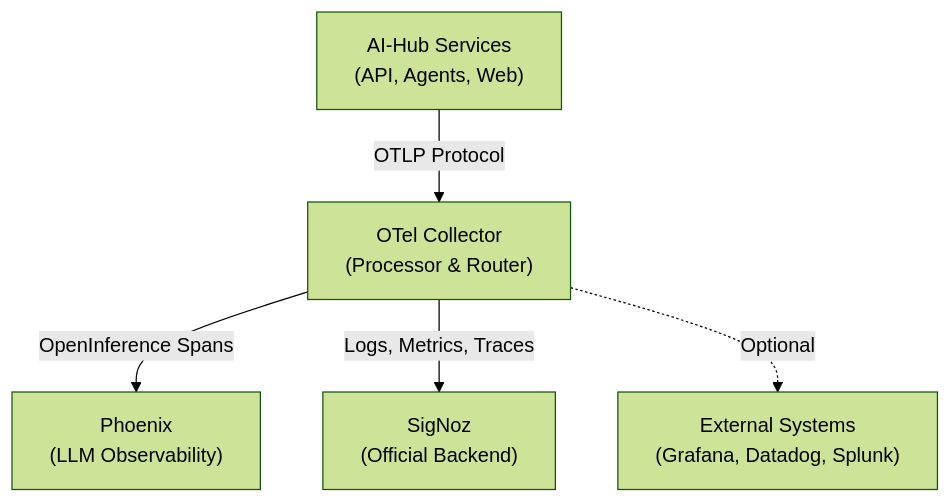
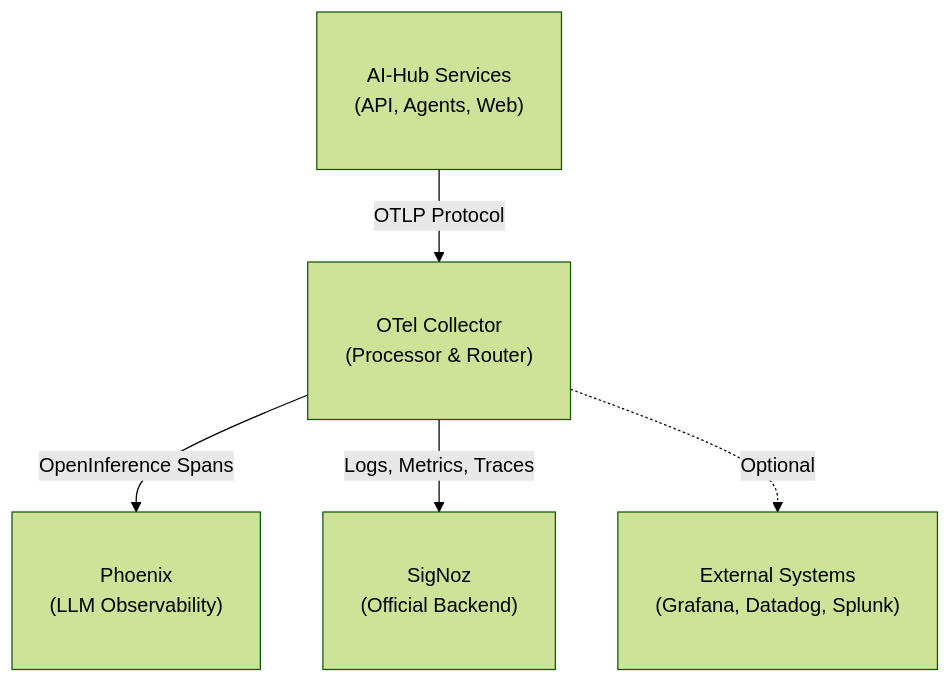
One commit to bbvch-ai/aihub-core changed the first of 2 diagrams in aihub_doc/docs/2_platform/3_deployment_guide/5_monitoring_and_alerting/1_log_aggregation/index.en.md. Above: the diagram before and after it, drawn with Mermaid (forest theme). The commit also changed other lines of this file and 1 other file, not shown here.

Commit message:
docs: Update deployment and log aggregation guides with refined Mermaid diagrams and consistent styling

````diff
--- a/aihub_doc/docs/2_platform/3_deployment_guide/5_monitoring_and_alerting/1_log_aggregation/index.en.md
+++ b/aihub_doc/docs/2_platform/3_deployment_guide/5_monitoring_and_alerting/1_log_aggregation/index.en.md
@@ -14,13 +14,15 @@
 ```mermaid
 graph TB
     Services["AI-Hub Services<br/>(API, Agents, Web)"]
     Collector["OTel Collector<br/>(Processor & Router)"]
     Phoenix["Phoenix<br/>(LLM Observability)"]
     SigNoz["SigNoz<br/>(Official Backend)"]
     External["External Systems<br/>(Grafana, Datadog, Splunk)"]
 
     Services -->|"OTLP Protocol"| Collector
     Collector -->|"OpenInference Spans"| Phoenix
     Collector -->|"Logs, Metrics, Traces"| SigNoz
     Collector -.->|"Optional"| External
+
+    classDef default font-size:16px,padding:20px
 ```
````
